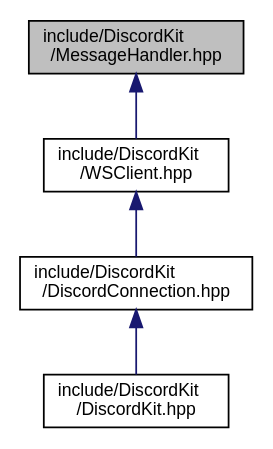
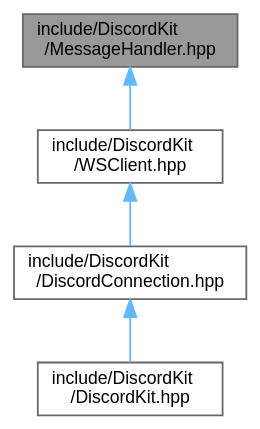
One commit to nikooozzz/DiscordKit changed the diagram in d8/d45/MessageHandler_8hpp__dep__incl.dot. Above: the diagram before and after it, drawn with Graphviz. The commit also changed 322 other files, not shown here.

Commit message:
Deploying to gh-pages from @ nikooozzz/DiscordKit@25959401f6de58a170c9d8f1c7485b84f1b5a88c 🚀

```diff
--- a/d8/d45/MessageHandler_8hpp__dep__incl.dot
+++ b/d8/d45/MessageHandler_8hpp__dep__incl.dot
@@ -1,13 +1,14 @@
 digraph "include/DiscordKit/MessageHandler.hpp"
 {
  // LATEX_PDF_SIZE
-  edge [fontname="Helvetica",fontsize="10",labelfontname="Helvetica",labelfontsize="10"];
-  node [fontname="Helvetica",fontsize="10",shape=record];
-  Node1 [label="include/DiscordKit\l/MessageHandler.hpp",height=0.2,width=0.4,color="black", fillcolor="grey75", style="filled", fontcolor="black",tooltip=" "];
-  Node1 -> Node2 [dir="back",color="midnightblue",fontsize="10",style="solid",fontname="Helvetica"];
-  Node2 [label="include/DiscordKit\l/WSClient.hpp",height=0.2,width=0.4,color="black", fillcolor="white", style="filled",URL="$de/d0f/WSClient_8hpp.html",tooltip=" "];
-  Node2 -> Node3 [dir="back",color="midnightblue",fontsize="10",style="solid",fontname="Helvetica"];
-  Node3 [label="include/DiscordKit\l/DiscordConnection.hpp",height=0.2,width=0.4,color="black", fillcolor="white", style="filled",URL="$da/d52/DiscordConnection_8hpp.html",tooltip=" "];
-  Node3 -> Node4 [dir="back",color="midnightblue",fontsize="10",style="solid",fontname="Helvetica"];
-  Node4 [label="include/DiscordKit\l/DiscordKit.hpp",height=0.2,width=0.4,color="black", fillcolor="white", style="filled",URL="$df/dec/DiscordKit_8hpp.html",tooltip=" "];
+  bgcolor="transparent";
+  edge [fontname=Helvetica,fontsize=10,labelfontname=Helvetica,labelfontsize=10];
+  node [fontname=Helvetica,fontsize=10,shape=box,height=0.2,width=0.4];
+  Node1 [id="Node000001",label="include/DiscordKit\l/MessageHandler.hpp",height=0.2,width=0.4,color="gray40", fillcolor="grey60", style="filled", fontcolor="black",tooltip=" "];
+  Node1 -> Node2 [id="edge1_Node000001_Node000002",dir="back",color="steelblue1",style="solid",tooltip=" "];
+  Node2 [id="Node000002",label="include/DiscordKit\l/WSClient.hpp",height=0.2,width=0.4,color="grey40", fillcolor="white", style="filled",URL="$de/d0f/WSClient_8hpp.html",tooltip=" "];
+  Node2 -> Node3 [id="edge2_Node000002_Node000003",dir="back",color="steelblue1",style="solid",tooltip=" "];
+  Node3 [id="Node000003",label="include/DiscordKit\l/DiscordConnection.hpp",height=0.2,width=0.4,color="grey40", fillcolor="white", style="filled",URL="$da/d52/DiscordConnection_8hpp.html",tooltip=" "];
+  Node3 -> Node4 [id="edge3_Node000003_Node000004",dir="back",color="steelblue1",style="solid",tooltip=" "];
+  Node4 [id="Node000004",label="include/DiscordKit\l/DiscordKit.hpp",height=0.2,width=0.4,color="grey40", fillcolor="white", style="filled",URL="$df/dec/DiscordKit_8hpp.html",tooltip=" "];
 }
```
